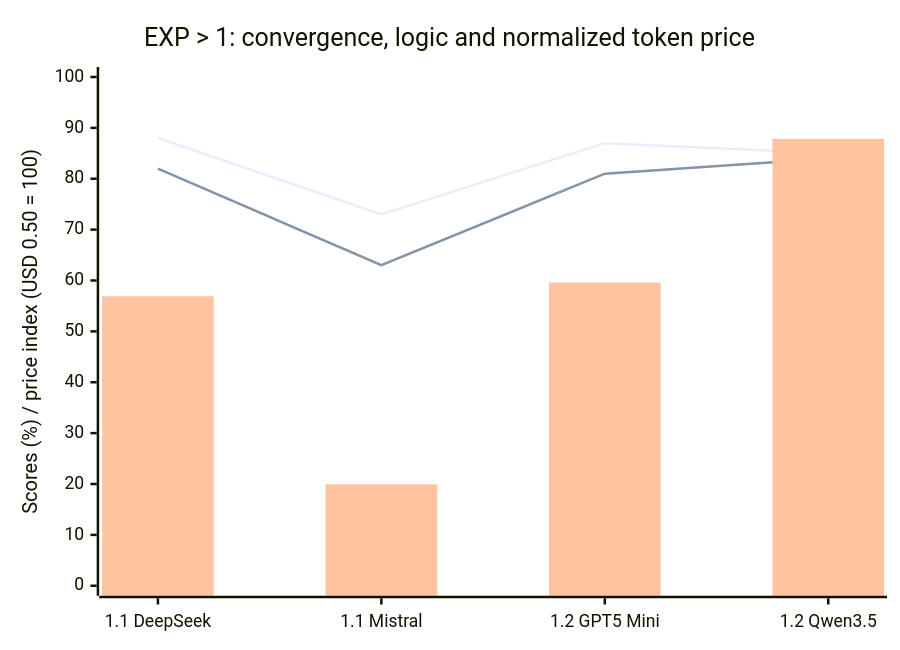
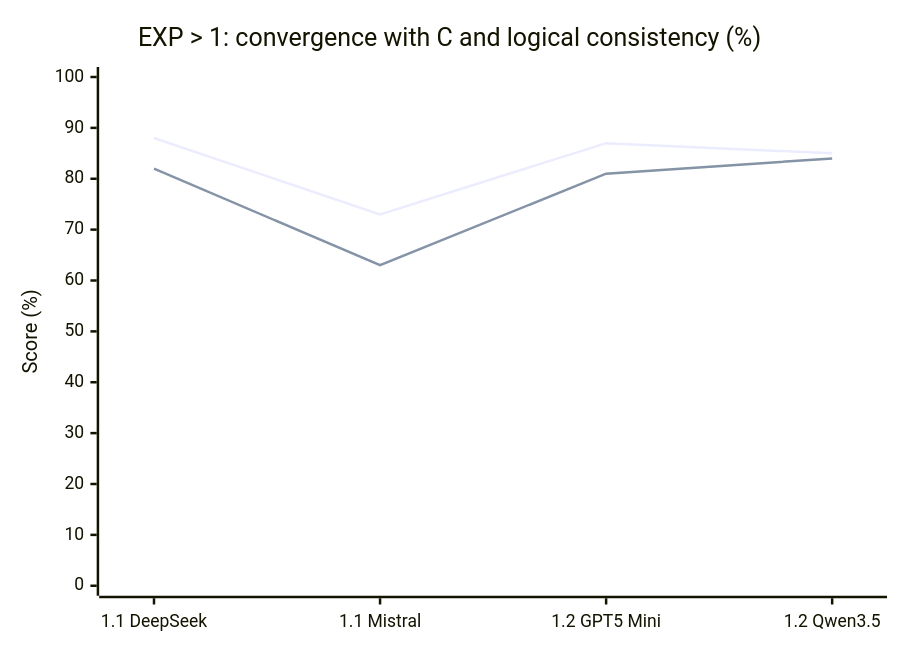
Before and after one commit to NecroWit/CODEX-DUBITATIONIS: the first of 5 diagrams in research/Aletheon.ExperimentRunner/derived/SCORES_AND_EXPERIMENTS.md, drawn with Mermaid. The commit also changed other lines of this file, not shown here.

Commit message:
Remove normalized token price; show raw USD alongside separate score scale

````diff
--- a/research/Aletheon.ExperimentRunner/derived/SCORES_AND_EXPERIMENTS.md
+++ b/research/Aletheon.ExperimentRunner/derived/SCORES_AND_EXPERIMENTS.md
@@ -9,9 +11,8 @@
 ```mermaid
 xychart-beta
-    title "EXP > 1: convergence, logic and normalized token price"
+    title "EXP > 1: convergence with C and logical consistency (%)"
     x-axis ["1.1 DeepSeek", "1.1 Mistral", "1.2 GPT5 Mini", "1.2 Qwen3.5"]
-    y-axis "Scores (%) / price index (USD 0.50 = 100)" 0 --> 100
+    y-axis "Score (%)" 0 --> 100
     line [88, 73, 87, 85]
     line [82, 63, 81, 84]
-    bar [56.90, 19.92, 59.60, 87.84]
 ```
````
